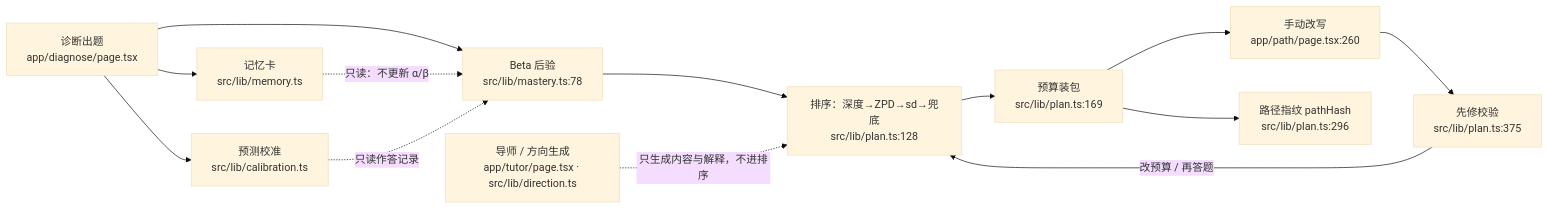
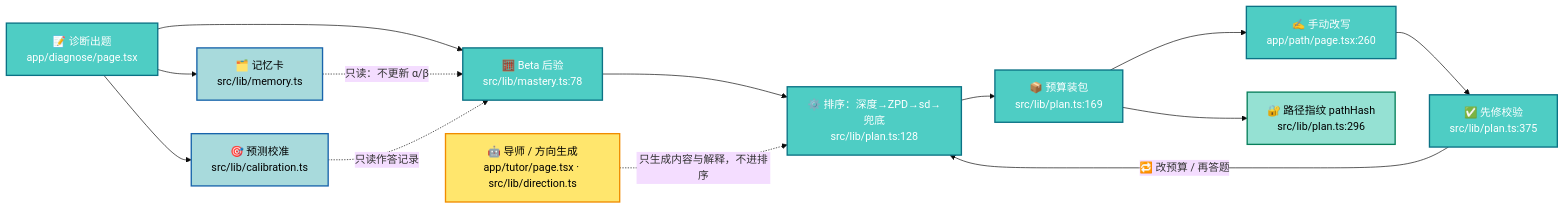
Before and after one commit to Jasonsomelike/chuanzhibei-ai-web-adaptive-learning: the first of 3 diagrams in docs/architecture.md, drawn with Mermaid (base theme). The commit also changed other lines of this file and 2 other files, not shown here.

First line of the commit message:
文档图表优化：分层架构图与 README 框图升级为 Mermaid

````diff
--- a/docs/architecture.md
+++ b/docs/architecture.md
@@ -5,15 +5,25 @@
 ```mermaid
 flowchart LR
-  A["诊断出题<br/>app/diagnose/page.tsx"] --> B["Beta 后验<br/>src/lib/mastery.ts:78"]
-  B --> C["排序：深度→ZPD→sd→兜底<br/>src/lib/plan.ts:128"]
-  C --> D["预算装包<br/>src/lib/plan.ts:169"]
-  D --> E["手动改写<br/>app/path/page.tsx:260"]
-  E --> F["先修校验<br/>src/lib/plan.ts:375"]
-  F -->|改预算 / 再答题| C
-  D --> G["路径指纹 pathHash<br/>src/lib/plan.ts:296"]
-  T["导师 / 方向生成<br/>app/tutor/page.tsx · src/lib/direction.ts"] -. "只生成内容与解释，不进排序" .-> C
-  A --> M["记忆卡<br/>src/lib/memory.ts"]
-  A --> CAL["预测校准<br/>src/lib/calibration.ts"]
+  A["📝 诊断出题<br/>app/diagnose/page.tsx"] --> B["🧮 Beta 后验<br/>src/lib/mastery.ts:78"]
+  B --> C["⚙️ 排序：深度→ZPD→sd→兜底<br/>src/lib/plan.ts:128"]
+  C --> D["📦 预算装包<br/>src/lib/plan.ts:169"]
+  D --> E["✍️ 手动改写<br/>app/path/page.tsx:260"]
+  E --> F["✅ 先修校验<br/>src/lib/plan.ts:375"]
+  F -->|"🔁 改预算 / 再答题"| C
+  D --> G["🔐 路径指纹 pathHash<br/>src/lib/plan.ts:296"]
+  T["🤖 导师 / 方向生成<br/>app/tutor/page.tsx · src/lib/direction.ts"] -. "只生成内容与解释，不进排序" .-> C
+  A --> M["🗂️ 记忆卡<br/>src/lib/memory.ts"]
+  A --> CAL["🎯 预测校准<br/>src/lib/calibration.ts"]
   M -. "只读：不更新 α/β" .-> B
   CAL -. "只读作答记录" .-> B
+
+  classDef core fill:#4ECDC4,stroke:#0B7285,stroke-width:2px,color:#fff
+  classDef support fill:#A8DADC,stroke:#1864AB,stroke-width:2px,color:#000
+  classDef model fill:#FFE66D,stroke:#F08C00,stroke-width:2px,color:#000
+  classDef fingerprint fill:#95E1D3,stroke:#087F5B,stroke-width:2px,color:#000
+
+  class A,B,C,D,E,F core
+  class M,CAL support
+  class T model
+  class G fingerprint
 ```
````
